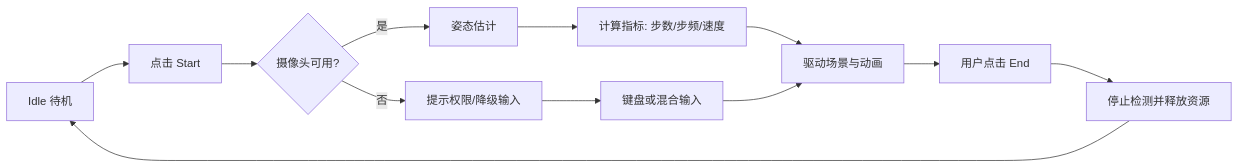
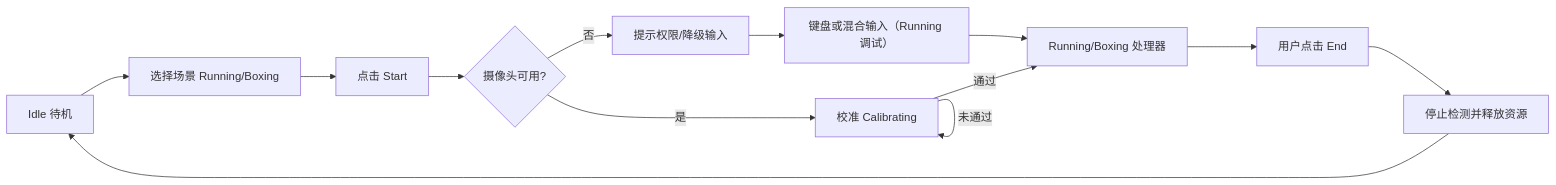
One commit to chiimagnus/VibeSports changed the diagram in .github/docs/business-logic.md. Above: the diagram before and after it, drawn with Mermaid. The commit also changed other lines of this file and 2 other files, not shown here.

Commit message:
docs: update markdown for boxing and running calibration

````diff
--- a/.github/docs/business-logic.md
+++ b/.github/docs/business-logic.md
@@ -87,14 +107,15 @@
 ```mermaid
 flowchart LR
-  A[Idle 待机] --> B[点击 Start]
-  B --> C{摄像头可用?}
-  C -->|是| D[姿态估计]
-  C -->|否| E[提示权限/降级输入]
-  D --> F[计算指标: 步数/步频/速度]
-  E --> G[键盘或混合输入]
-  F --> H[驱动场景与动画]
-  G --> H
-  H --> I[用户点击 End]
+  A[Idle 待机] --> B[选择场景 Running/Boxing]
+  B --> C[点击 Start]
+  C --> D{摄像头可用?}
+  D -->|否| E[提示权限/降级输入]
+  D -->|是| F[校准 Calibrating]
+  F -->|通过| G[Running/Boxing 处理器]
+  F -->|未通过| F
+  E --> H[键盘或混合输入（Running 调试）]
+  H --> G
+  G --> I[用户点击 End]
   I --> J[停止检测并释放资源]
   J --> A
 ```
````
